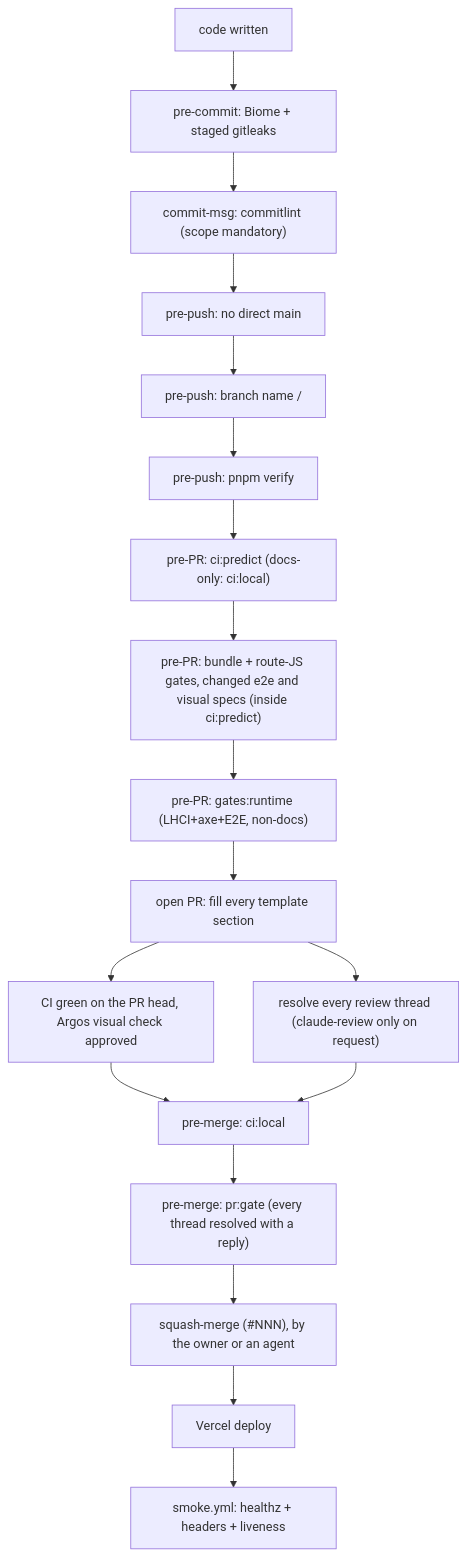
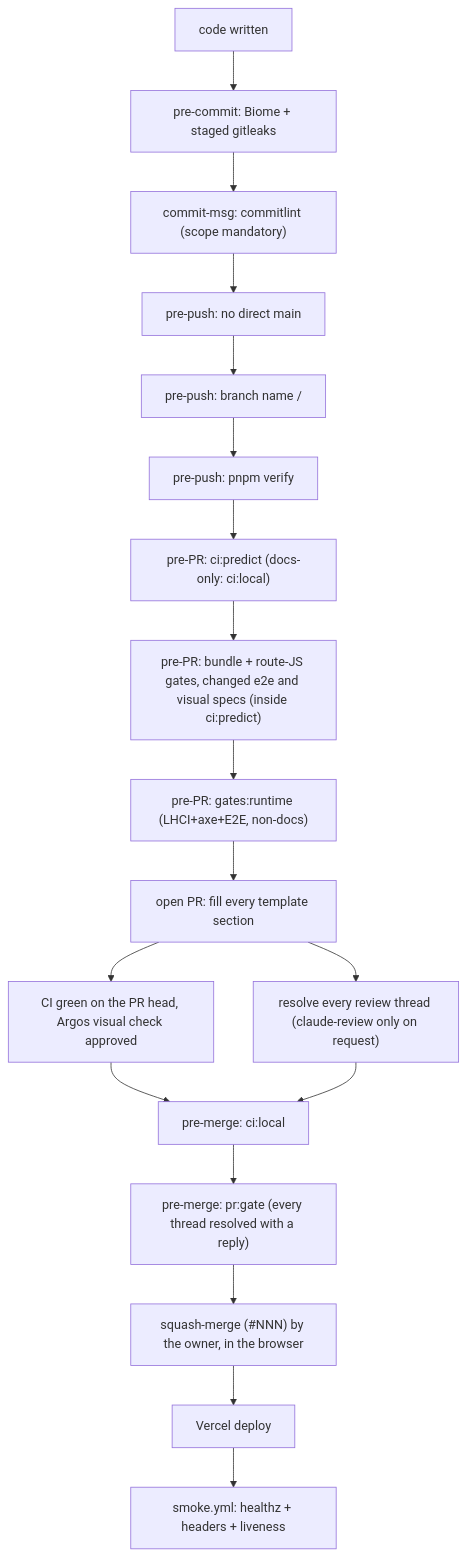
Before and after one commit to erikunha/portfolio: the first of 2 diagrams in docs/handbook/review-merge-release.md, drawn with Mermaid. The commit also changed 3 other files, not shown here.

````diff
--- a/docs/handbook/review-merge-release.md
+++ b/docs/handbook/review-merge-release.md
@@ -7,20 +7,20 @@
 ```mermaid
 flowchart TD
     write["code written"] --> c1["pre-commit: Biome + staged gitleaks"]
     c1 --> c2["commit-msg: commitlint (scope mandatory)"]
     c2 --> p1["pre-push: no direct main"]
     p1 --> p2["pre-push: branch name <type>/<desc>"]
     p2 --> p5["pre-push: pnpm verify"]
     p5 --> r1["pre-PR: ci:predict (docs-only: ci:local)"]
     r1 --> r2["pre-PR: bundle + route-JS gates, changed e2e and visual specs (inside ci:predict)"]
     r2 --> r4["pre-PR: gates:runtime (LHCI+axe+E2E, non-docs)"]
     r4 --> o1["open PR: fill every template section"]
     o1 --> o1b["CI green on the PR head, Argos visual check approved"]
     o1 --> o2["resolve every review thread (claude-review only on request)"]
     o1b --> m1["pre-merge: ci:local"]
     o2 --> m1
     m1 --> m4["pre-merge: pr:gate (every thread resolved with a reply)"]
-    m4 --> merge["squash-merge (#NNN), by the owner or an agent"]
+    m4 --> merge["squash-merge (#NNN) by the owner, in the browser"]
     merge --> deploy["Vercel deploy"]
     deploy --> smoke["smoke.yml: healthz + headers + liveness"]
 ```
````
